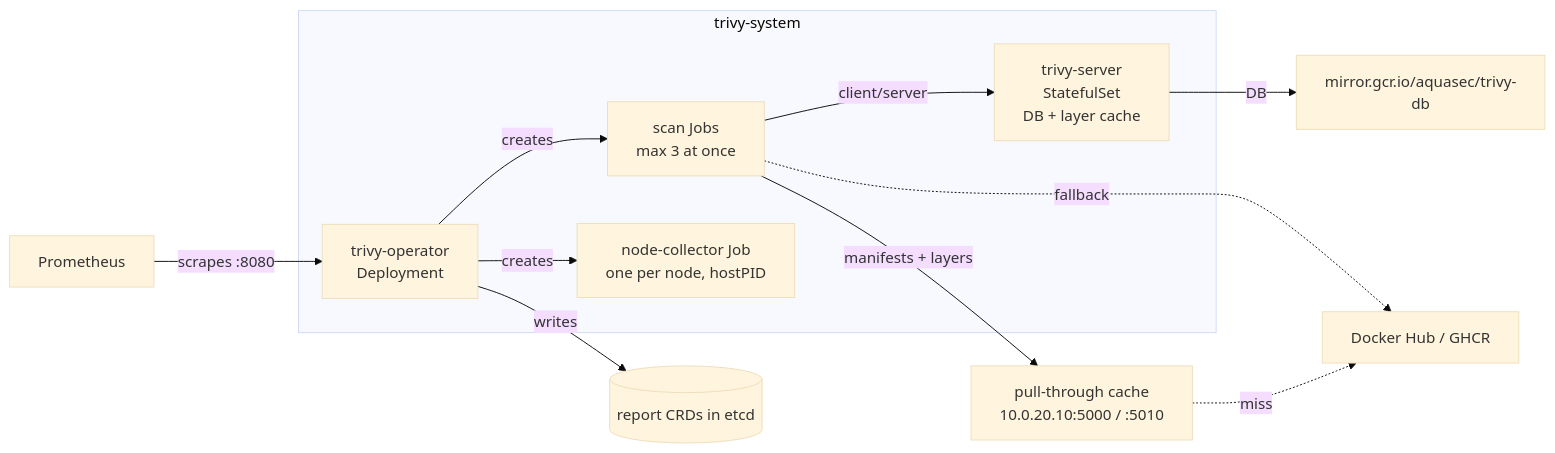
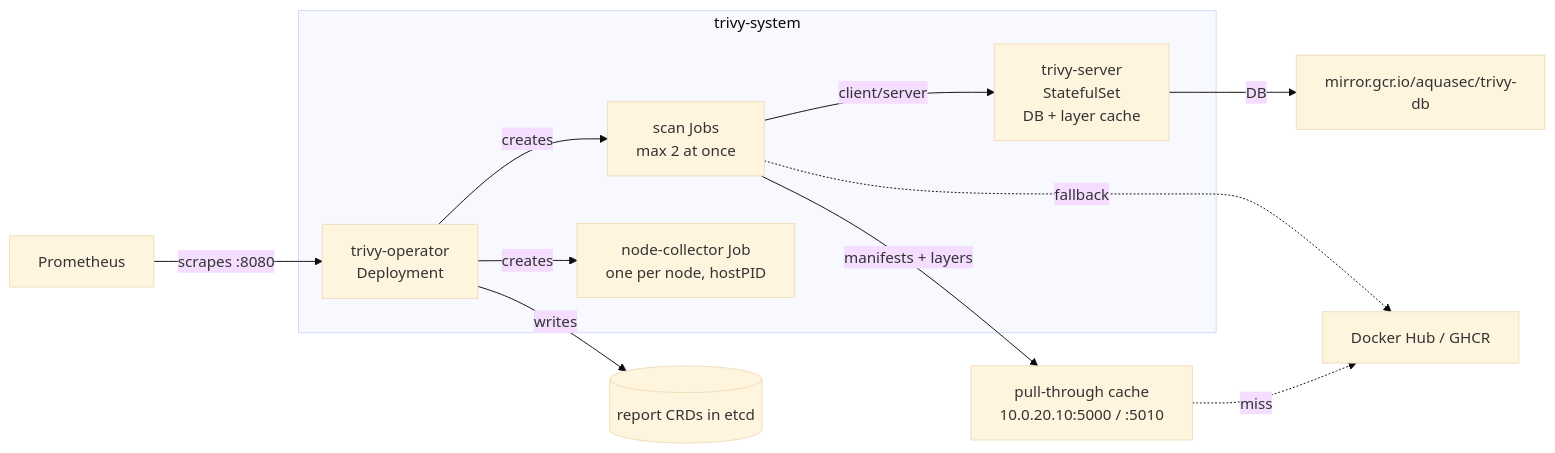
Before and after one commit to ViktorBarzin/infra: the diagram in docs/architecture/trivy.md, drawn with Mermaid (base theme). The commit also changed other lines of this file and 2 other files, not shown here.

````diff
--- a/docs/architecture/trivy.md
+++ b/docs/architecture/trivy.md
@@ -7,18 +7,18 @@
 ```mermaid
 flowchart LR
   subgraph trivy-system
     OP[trivy-operator<br/>Deployment]
     SRV[trivy-server<br/>StatefulSet<br/>DB + layer cache]
-    JOB[scan Jobs<br/>max 3 at once]
+    JOB[scan Jobs<br/>max 2 at once]
     NC[node-collector Job<br/>one per node, hostPID]
   end
   OP -- creates --> JOB
   OP -- creates --> NC
   JOB -- client/server --> SRV
   JOB -- manifests + layers --> CACHE[pull-through cache<br/>10.0.20.10:5000 / :5010]
   CACHE -. miss .-> UP[Docker Hub / GHCR]
   JOB -. fallback .-> UP
   SRV -- DB --> MG[mirror.gcr.io/aquasec/trivy-db]
   OP -- writes --> CRD[(report CRDs in etcd)]
   PROM[Prometheus] -- scrapes :8080 --> OP
 ```
````
